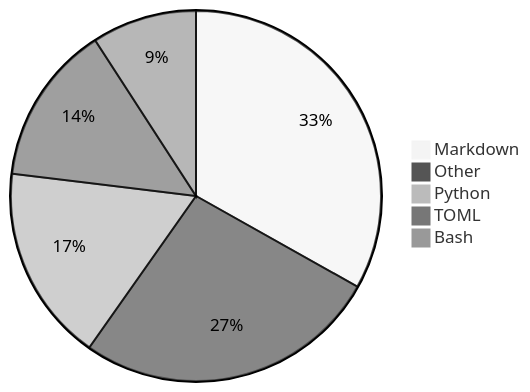
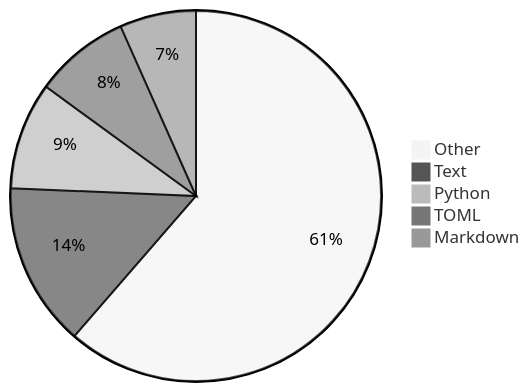
Before and after one commit to Alicia111/alicia111: the diagram in README.md, drawn with Mermaid (neutral theme).

Commit message:
Update WakaTime stats (・ω・)b

````diff
--- a/README.md
+++ b/README.md
@@ -32,8 +32,8 @@
 ```mermaid
 pie
-    "Markdown" : 27.0
-    "Other" : 21.69
-    "Python" : 13.98
-    "TOML" : 11.35
-    "Bash" : 7.45
+    "Other" : 49.6
+    "Text" : 11.55
+    "Python" : 7.56
+    "TOML" : 6.72
+    "Markdown" : 5.38
 ```
````
